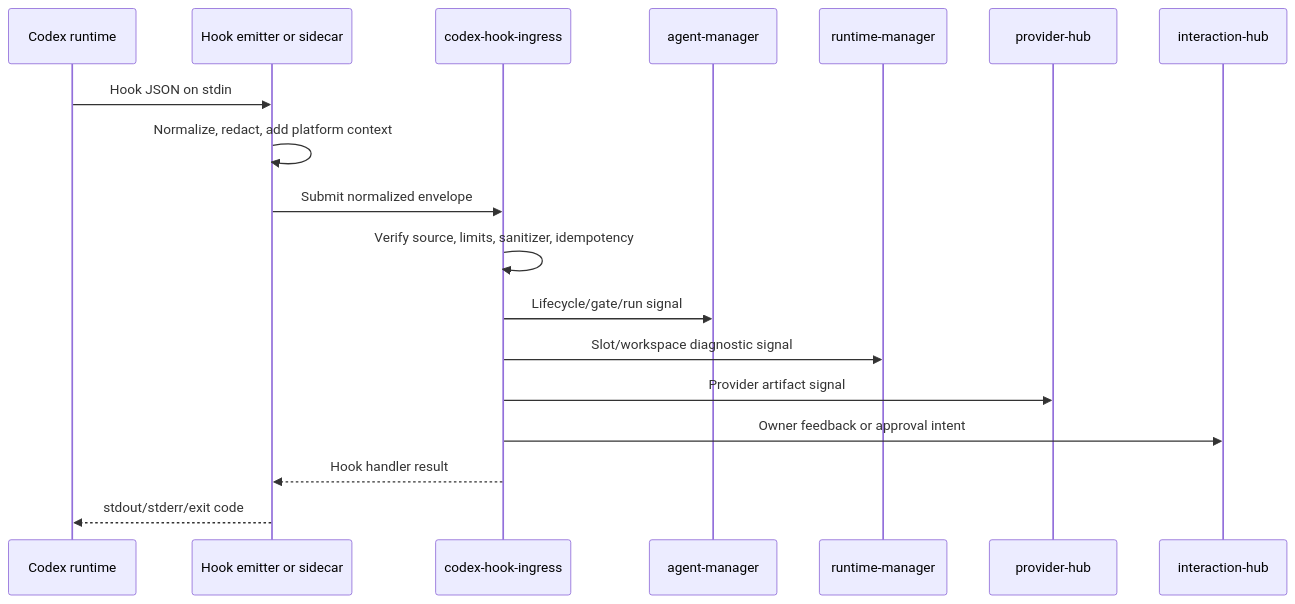
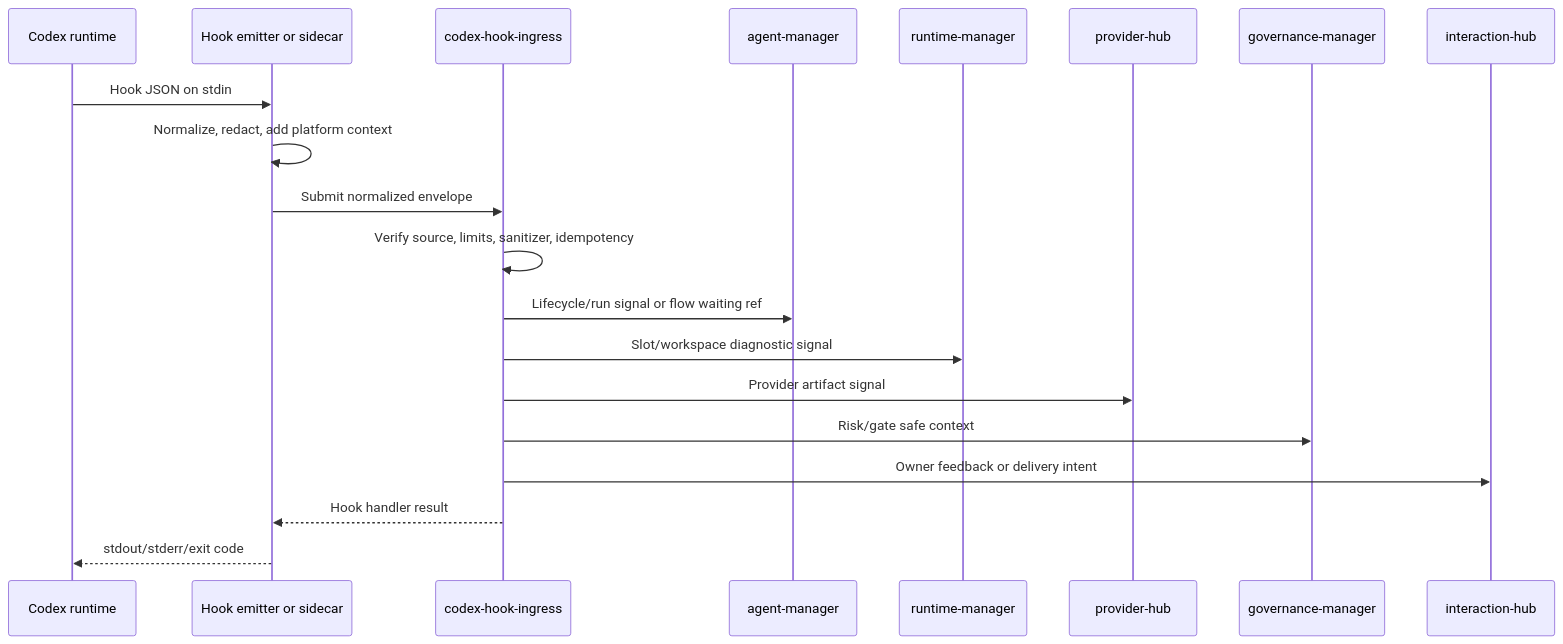
The first of 2 diagrams in docs/domains/codex-hook-ingress/architecture/design.md (codex-k8s/kodex), drawn with Mermaid before and after one commit. The commit also changed other lines of this file and 25 other files, not shown here.

Commit message:
Add codex hook ingress schemas

````diff
--- a/docs/domains/codex-hook-ingress/architecture/design.md
+++ b/docs/domains/codex-hook-ingress/architecture/design.md
@@ -82,21 +82,23 @@
 ```mermaid
 sequenceDiagram
   participant C as Codex runtime
   participant E as Hook emitter or sidecar
   participant I as codex-hook-ingress
   participant A as agent-manager
   participant R as runtime-manager
   participant P as provider-hub
+  participant G as governance-manager
   participant H as interaction-hub
 
   C->>E: Hook JSON on stdin
   E->>E: Normalize, redact, add platform context
   E->>I: Submit normalized envelope
   I->>I: Verify source, limits, sanitizer, idempotency
-  I->>A: Lifecycle/gate/run signal
+  I->>A: Lifecycle/run signal or flow waiting ref
   I->>R: Slot/workspace diagnostic signal
   I->>P: Provider artifact signal
-  I->>H: Owner feedback or approval intent
+  I->>G: Risk/gate safe context
+  I->>H: Owner feedback or delivery intent
   I-->>E: Hook handler result
   E-->>C: stdout/stderr/exit code
 ```
````
